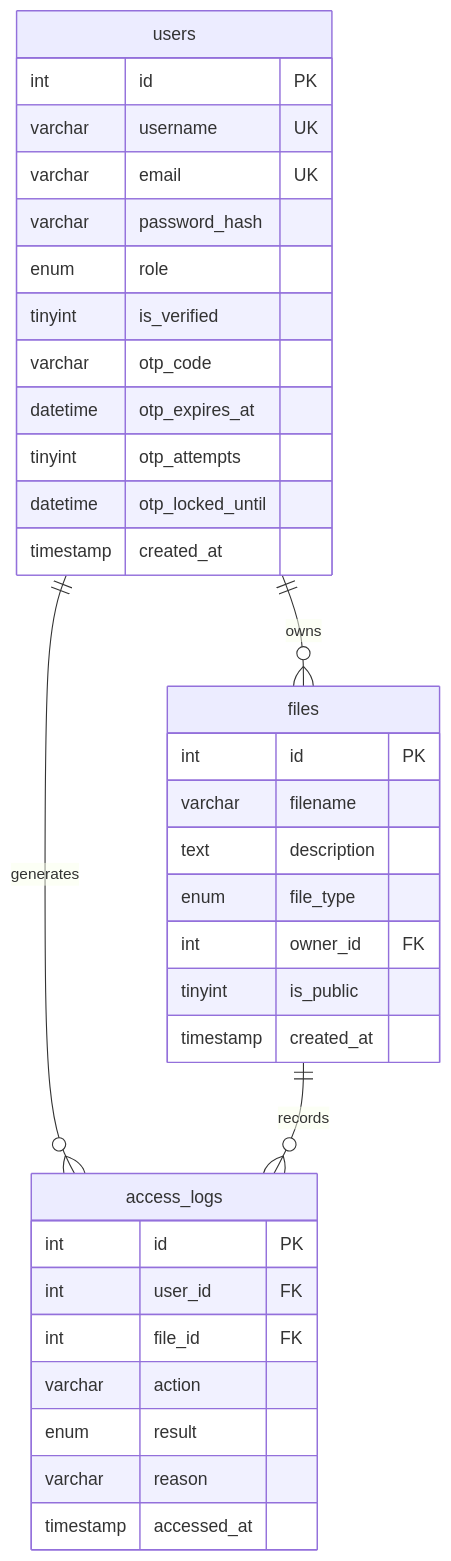
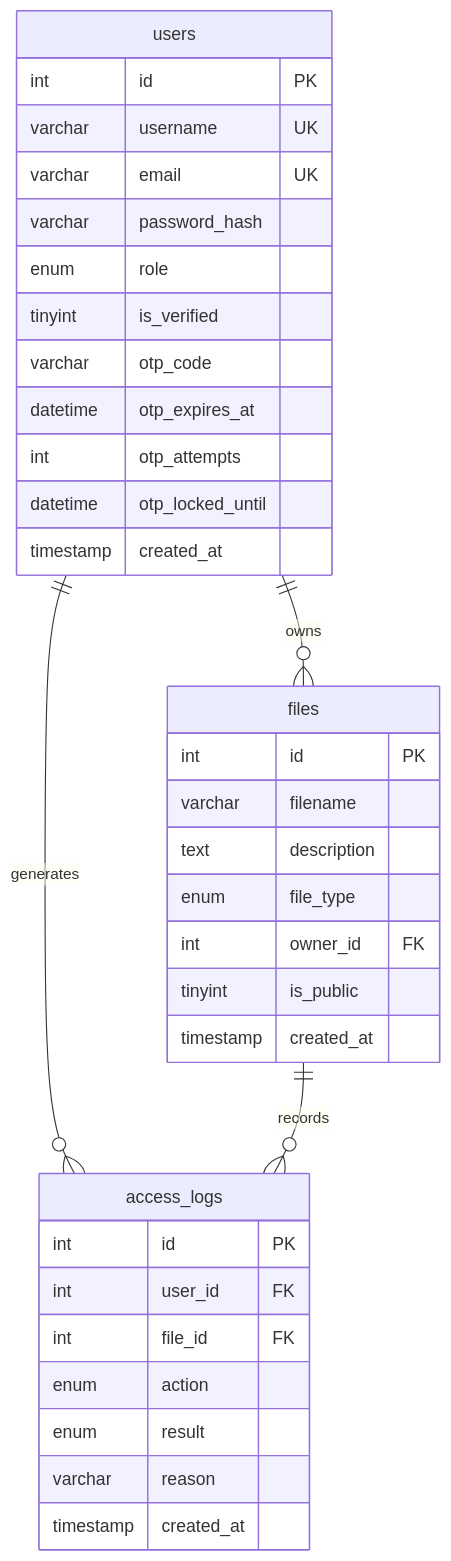
Before and after one commit to mikaelleon/BakeSync-Authentication: the fourth of 4 diagrams in docs/ARCHITECTURE.md, drawn with Mermaid. The commit also changed other lines of this file and 1599 other files, not shown here.

````diff
--- a/docs/ARCHITECTURE.md
+++ b/docs/ARCHITECTURE.md
@@ -125,40 +121,40 @@
 ```mermaid
 erDiagram
   users {
-    int     id              PK
-    varchar username        UK
-    varchar email           UK
+    int id PK
+    varchar username UK
+    varchar email UK
     varchar password_hash
-    enum    role
+    enum role
     tinyint is_verified
     varchar otp_code
     datetime otp_expires_at
-    tinyint otp_attempts
+    int otp_attempts
     datetime otp_locked_until
     timestamp created_at
   }
 
   files {
-    int     id              PK
+    int id PK
     varchar filename
-    text    description
-    enum    file_type
-    int     owner_id        FK
+    text description
+    enum file_type
+    int owner_id FK
     tinyint is_public
     timestamp created_at
   }
 
   access_logs {
-    int     id              PK
-    int     user_id         FK
-    int     file_id         FK
-    varchar action
-    enum    result
+    int id PK
+    int user_id FK
+    int file_id FK
+    enum action
+    enum result
     varchar reason
-    timestamp accessed_at
+    timestamp created_at
   }
 
-  users ||--o{ files       : "owns"
+  users ||--o{ files : "owns"
   users ||--o{ access_logs : "generates"
   files ||--o{ access_logs : "records"
 ```
````
